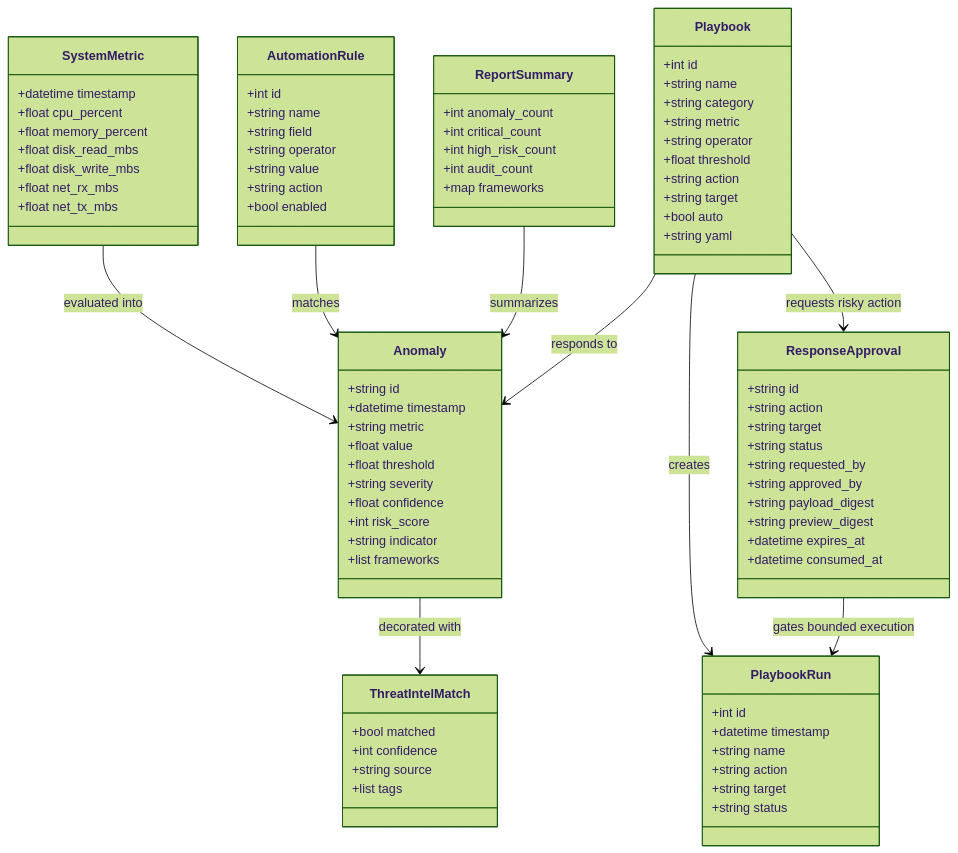
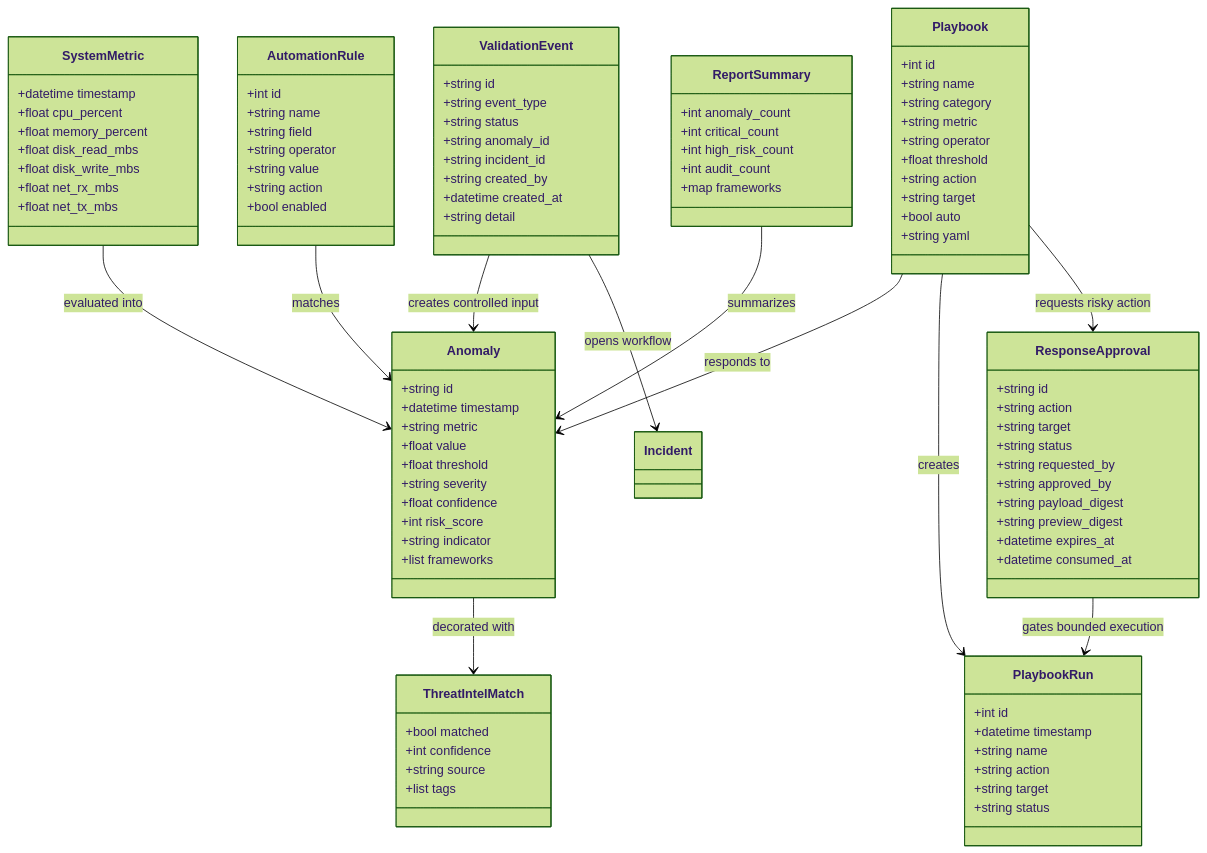
One commit to Ryner88/Sysethic changed the second of 30 diagrams in docs/uml-diagrams.md. Above: the diagram before and after it, drawn with Mermaid (forest theme). The commit also changed other lines of this file and 7 other files, not shown here.

Commit message:
Add controlled validation event center

```diff
--- a/docs/uml-diagrams.md
+++ b/docs/uml-diagrams.md
@@ -73,6 +77,17 @@
         +int risk_score
         +string indicator
         +list frameworks
+    }
+
+    class ValidationEvent {
+        +string id
+        +string event_type
+        +string status
+        +string anomaly_id
+        +string incident_id
+        +string created_by
+        +datetime created_at
+        +string detail
     }
 
     class ThreatIntelMatch {
@@ -138,6 +153,8 @@
     SystemMetric --> Anomaly : evaluated into
     Anomaly --> ThreatIntelMatch : decorated with
     AutomationRule --> Anomaly : matches
+    ValidationEvent --> Anomaly : creates controlled input
+    ValidationEvent --> Incident : opens workflow
     Playbook --> Anomaly : responds to
     Playbook --> PlaybookRun : creates
     Playbook --> ResponseApproval : requests risky action
```
